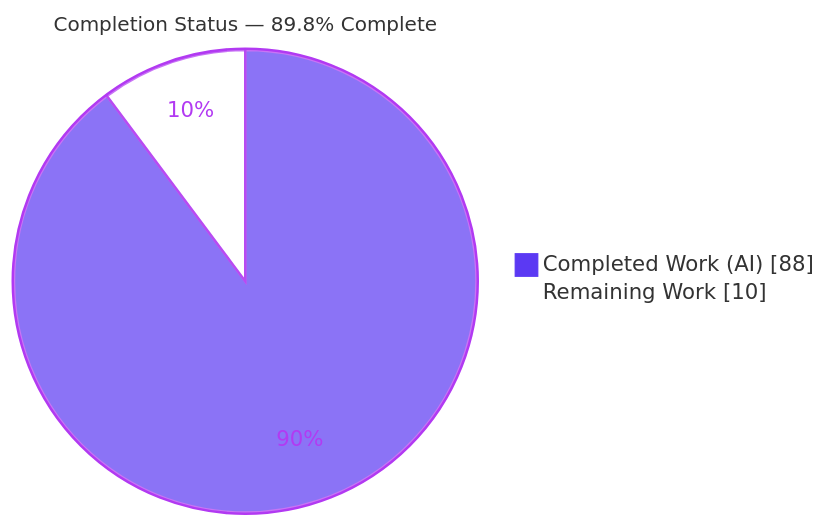
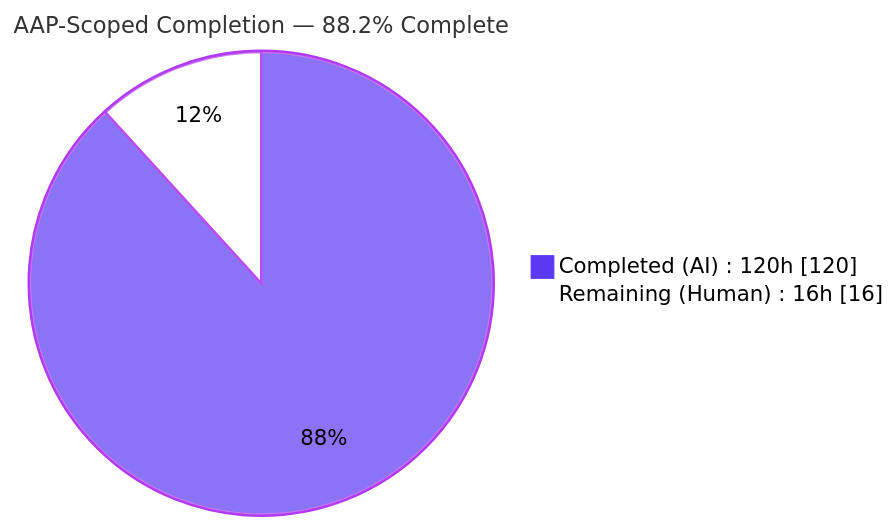
One commit to blitzy-public-samples/ardupilot-blitzy changed the first of 3 diagrams in blitzy/documentation/Project Guide.md. Above: the diagram before and after it, drawn with Mermaid. The commit also changed other lines of this file, not shown here.

Commit message:
Adding Blitzy Project Guide: Project Status and Human Tasks Remaining

````diff
--- a/blitzy/documentation/Project Guide.md
+++ b/blitzy/documentation/Project Guide.md
@@ -13,6 +16,6 @@
 ```mermaid
-%%{init: {'theme':'base', 'themeVariables': {'pie1':'#5B39F3','pie2':'#FFFFFF','pieStrokeColor':'#B23AF2','pieStrokeWidth':'2px','pieOuterStrokeColor':'#B23AF2','pieOuterStrokeWidth':'2px','pieTitleTextSize':'16px','pieSectionTextColor':'#B23AF2'}}}%%
-pie showData title Completion Status — 89.8% Complete
-    "Completed Work (AI)" : 88
-    "Remaining Work" : 10
+%%{init: {'theme':'base','themeVariables':{'pie1':'#5B39F3','pie2':'#FFFFFF','pieStrokeColor':'#B23AF2','pieStrokeWidth':'2px','pieOuterStrokeColor':'#B23AF2','pieOuterStrokeWidth':'2px','pieSectionTextColor':'#000000','pieLegendTextColor':'#000000','pieTitleTextSize':'18px'}}}%%
+pie showData title AAP-Scoped Completion — 88.2% Complete
+    "Completed (AI) : 120h" : 120
+    "Remaining (Human) : 16h" : 16
 ```
````
